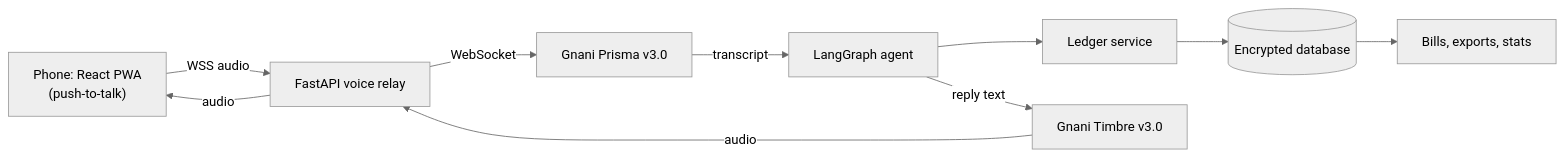
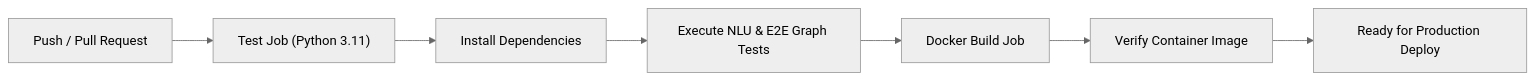
Before and after one commit to PavanCodeNexus/voicekhata-ai: the third of 3 diagrams in README.md, drawn with Mermaid (neutral theme). The commit also changed other lines of this file and 3 other files, not shown here.

Commit message:
docs: update README with BOLBHARAT event, architecture diagrams, project tree, and CI/CD

````diff
--- a/README.md
+++ b/README.md
@@ -27,12 +283,9 @@
 ```mermaid
 flowchart LR
-  A["Phone: React PWA\n(push-to-talk)"] -->|"WSS audio"| B["FastAPI voice relay"]
-  B -->|"WebSocket"| C["Gnani Prisma v3.0"]
-  C -->|"transcript"| D["LangGraph agent"]
-  D --> E["Ledger service"]
-  E --> F[("Encrypted database")]
-  D -->|"reply text"| G["Gnani Timbre v3.0"]
-  G -->|"audio"| B
-  B -->|"audio"| A
-  F --> H["Bills, exports, stats"]
+    A["Push / Pull Request"] --> B["Test Job (Python 3.11)"]
+    B --> C["Install Dependencies"]
+    C --> D["Execute NLU & E2E Graph Tests"]
+    D --> E["Docker Build Job"]
+    E --> F["Verify Container Image"]
+    F --> G["Ready for Production Deploy"]
 ```
````
